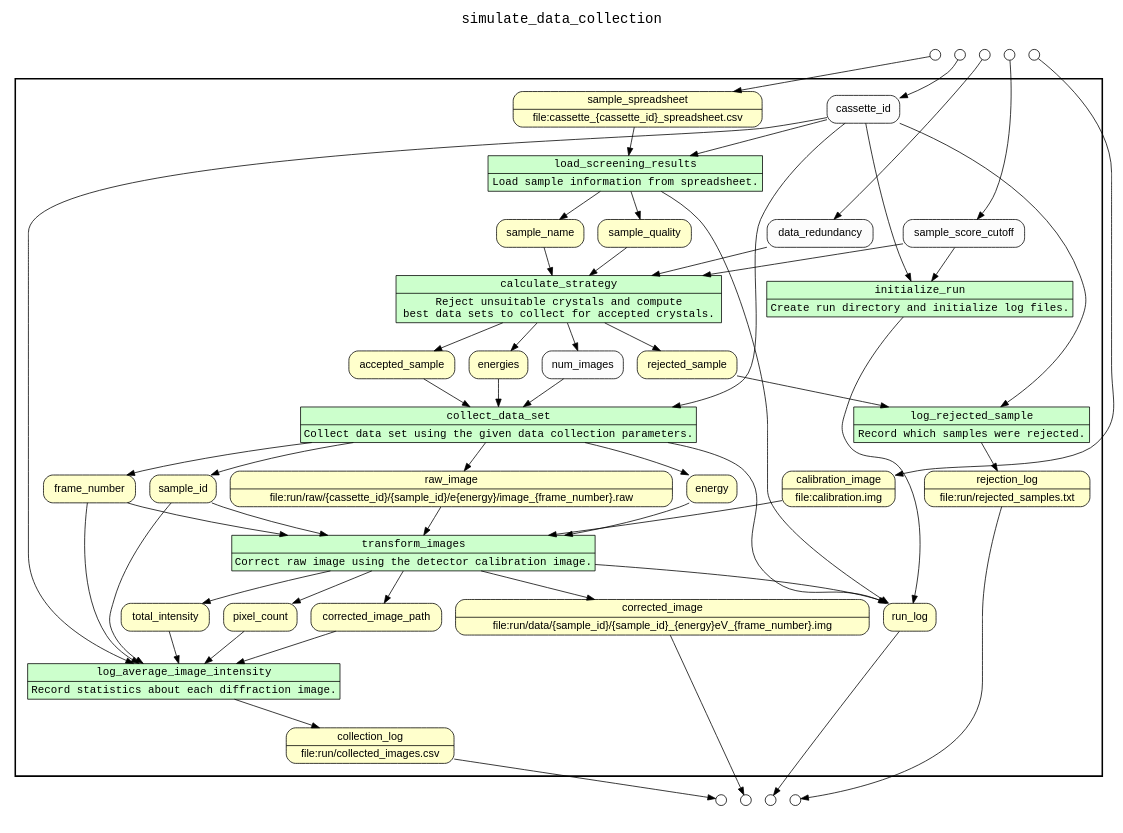
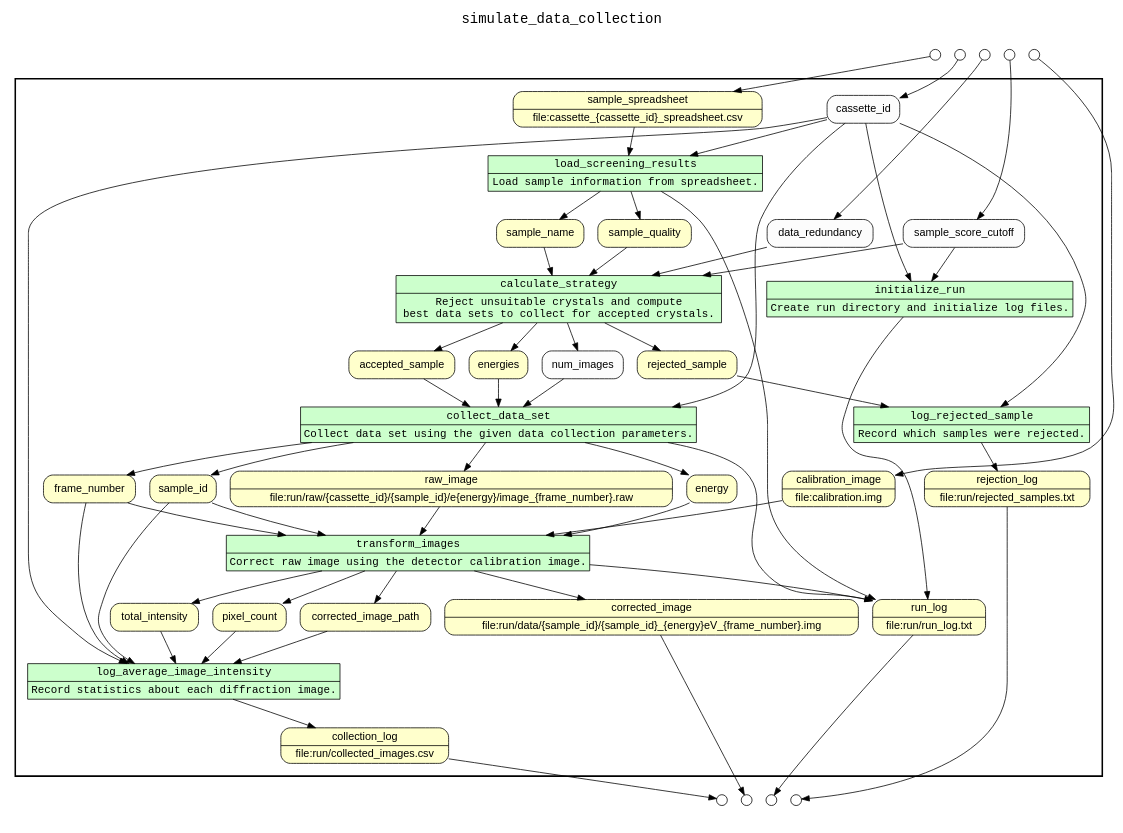
Before and after one commit to yesworkflow-org/yw-prototypes: the diagram in examples/simulate_data_collection/yw/combined.gv, drawn with Graphviz. The commit also changed 14 other files, not shown here.

```diff
--- a/examples/simulate_data_collection/yw/combined.gv
+++ b/examples/simulate_data_collection/yw/combined.gv
@@ -1,155 +1,155 @@
 
 /* Start of top-level graph */
 digraph Workflow {
 rankdir=TB
 
 /* Title for graph */
 fontname=Courier; fontsize=18; labelloc=t
 label=simulate_data_collection
 
 /* Start of double cluster for drawing box around nodes in workflow */
 subgraph cluster_workflow_box_outer { label=""; color=black; penwidth=2
 subgraph cluster_workflow_box_inner { label=""; color=white
 
 /* Style for nodes representing atomic programs in workflow */
 node[shape=box style=filled fillcolor="#CCFFCC" peripheries=1 fontname=Courier]
 
 /* Nodes representing atomic programs in workflow */
 initialize_run [shape=record rankdir=LR label="{<f0> initialize_run |<f1> Create run directory and initialize log files.}"];
 load_screening_results [shape=record rankdir=LR label="{<f0> load_screening_results |<f1> Load sample information from spreadsheet.}"];
 calculate_strategy [shape=record rankdir=LR label="{<f0> calculate_strategy |<f1> Reject unsuitable crystals and compute \n best data sets to collect for accepted crystals.}"];
 log_rejected_sample [shape=record rankdir=LR label="{<f0> log_rejected_sample |<f1> Record which samples were rejected.}"];
 collect_data_set [shape=record rankdir=LR label="{<f0> collect_data_set |<f1> Collect data set using the given data collection parameters.}"];
 transform_images [shape=record rankdir=LR label="{<f0> transform_images |<f1> Correct raw image using the detector calibration image.}"];
 log_average_image_intensity [shape=record rankdir=LR label="{<f0> log_average_image_intensity |<f1> Record statistics about each diffraction image.}"];
 
 /* Style for nodes representing non-parameter data channels in workflow */
 node[shape=box style="rounded,filled" fillcolor="#FFFFCC" peripheries=1 fontname=Helvetica]
 
 /* Nodes for non-parameter data channels in workflow */
 corrected_image [shape=record rankdir=LR label="{<f0> corrected_image |<f1> file\:run/data/\{sample_id\}/\{sample_id\}_\{energy\}eV_\{frame_number\}.img}"];
-run_log
+run_log [shape=record rankdir=LR label="{<f0> run_log |<f1> file\:run/run_log.txt}"];
 collection_log [shape=record rankdir=LR label="{<f0> collection_log |<f1> file\:run/collected_images.csv}"];
 rejection_log [shape=record rankdir=LR label="{<f0> rejection_log |<f1> file\:run/rejected_samples.txt}"];
 sample_spreadsheet [shape=record rankdir=LR label="{<f0> sample_spreadsheet |<f1> file\:cassette_\{cassette_id\}_spreadsheet.csv}"];
 sample_name
 sample_quality
 rejected_sample
 accepted_sample
 energies
 sample_id
 energy
 frame_number
 raw_image [shape=record rankdir=LR label="{<f0> raw_image |<f1> file\:run/raw/\{cassette_id\}/\{sample_id\}/e\{energy\}/image_\{frame_number\}.raw}"];
 calibration_image [shape=record rankdir=LR label="{<f0> calibration_image |<f1> file\:calibration.img}"];
 corrected_image_path
 total_intensity
 pixel_count
 
 /* Style for nodes representing parameter channels in workflow */
 node[shape=box style="rounded,filled" fillcolor="#FCFCFC" peripheries=1 fontname=Helvetica]
 
 /* Nodes representing parameter channels in workflow */
 cassette_id
 sample_score_cutoff
 data_redundancy
 num_images
 
 /* Edges representing connections between programs and channels */
 initialize_run -> run_log
 cassette_id -> initialize_run
 sample_score_cutoff -> initialize_run
 load_screening_results -> sample_name
 load_screening_results -> sample_quality
 load_screening_results -> run_log
 cassette_id -> load_screening_results
 sample_spreadsheet -> load_screening_results
 calculate_strategy -> accepted_sample
 calculate_strategy -> rejected_sample
 calculate_strategy -> num_images
 calculate_strategy -> energies
 sample_score_cutoff -> calculate_strategy
 data_redundancy -> calculate_strategy
 sample_name -> calculate_strategy
 sample_quality -> calculate_strategy
 log_rejected_sample -> rejection_log
 cassette_id -> log_rejected_sample
 rejected_sample -> log_rejected_sample
 collect_data_set -> sample_id
 collect_data_set -> energy
 collect_data_set -> frame_number
 collect_data_set -> raw_image
 collect_data_set -> run_log
 cassette_id -> collect_data_set
 num_images -> collect_data_set
 accepted_sample -> collect_data_set
 energies -> collect_data_set
 transform_images -> corrected_image
 transform_images -> corrected_image_path
 transform_images -> total_intensity
 transform_images -> pixel_count
 transform_images -> run_log
 sample_id -> transform_images
 energy -> transform_images
 frame_number -> transform_images
 raw_image -> transform_images
 calibration_image -> transform_images
 log_average_image_intensity -> collection_log
 cassette_id -> log_average_image_intensity
 sample_id -> log_average_image_intensity
 frame_number -> log_average_image_intensity
 corrected_image_path -> log_average_image_intensity
 total_intensity -> log_average_image_intensity
 pixel_count -> log_average_image_intensity
 
 /* End of double cluster for drawing box around nodes in workflow */
 }}
 
 /* Hidden double-cluster for grouping workflow input ports */
 subgraph cluster_input_ports_group_outer { label=""; color=white
 subgraph cluster_input_ports_group_inner { label=""; color=white
 
 /* Style for nodes representing workflow input ports */
 node[shape=circle style="rounded,filled" fillcolor="#FFFFFF" peripheries=1 fontname=Helvetica width=0.2]
 
 /* Nodes representing workflow input ports */
 cassette_id_input_port [label=""]
 sample_score_cutoff_input_port [label=""]
 data_redundancy_input_port [label=""]
 sample_spreadsheet_input_port [label=""]
 calibration_image_input_port [label=""]
 
 /* End of double-cluster for grouping workflow input ports */
 }}
 
 /* Hidden double-cluster for grouping workflow output ports */
 subgraph cluster_output_ports_group_outer { label=""; color=white
 subgraph cluster_output_ports_group_inner { label=""; color=white
 
 /* Style for nodes representing workflow output ports */
 node[shape=circle style="rounded,filled" fillcolor="#FFFFFF" peripheries=1 fontname=Helvetica width=0.2]
 
 /* Nodes representing workflow output ports */
 corrected_image_output_port [label=""]
 run_log_output_port [label=""]
 collection_log_output_port [label=""]
 rejection_log_output_port [label=""]
 
 /* End of double-cluster for grouping workflow output ports */
 }}
 
 /* Edges from input ports to channels */
 cassette_id_input_port -> cassette_id
 sample_score_cutoff_input_port -> sample_score_cutoff
 data_redundancy_input_port -> data_redundancy
 sample_spreadsheet_input_port -> sample_spreadsheet
 calibration_image_input_port -> calibration_image
 
 /* Edges from channels to output ports */
 corrected_image -> corrected_image_output_port
 run_log -> run_log_output_port
 collection_log -> collection_log_output_port
 rejection_log -> rejection_log_output_port
 
 /* End of top-level graph */
 }
```
